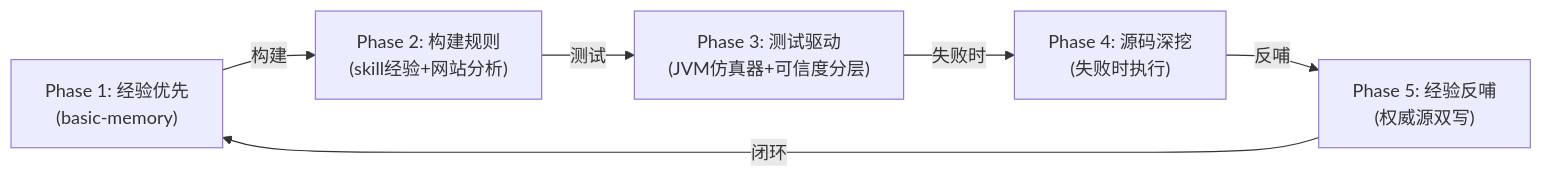
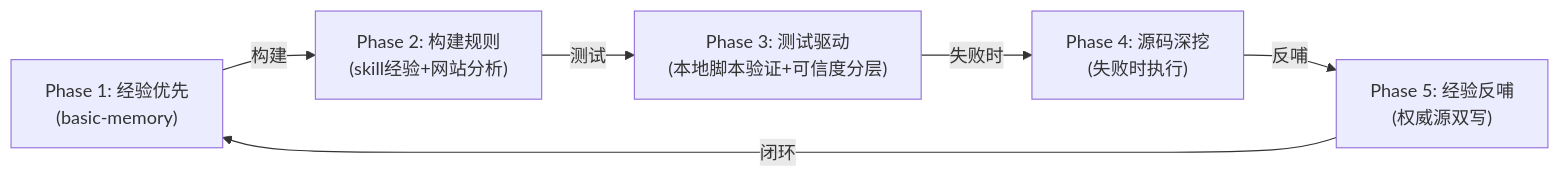
The second of 2 diagrams in docs/project-flow/architecture/skill-architecture.md (legado-backup/legado-m), drawn with Mermaid before and after one commit. The commit also changed other lines of this file and 63 other files, not shown here.

First line of the commit message:
docs: 文档体系审计重构（project-flow+project-rules 全量 110 文档对标源码）

````diff
--- a/docs/project-flow/architecture/skill-architecture.md
+++ b/docs/project-flow/architecture/skill-architecture.md
@@ -62,10 +59,10 @@
 ```mermaid
 %%{init: {'themeVariables': {'fontFamily': 'Microsoft YaHei, SimHei, sans-serif'}}}%%
 flowchart LR
     P1["Phase 1: 经验优先<br/>(basic-memory)"]
     -->|"构建"| P2["Phase 2: 构建规则<br/>(skill经验+网站分析)"]
-    -->|"测试"| P3["Phase 3: 测试驱动<br/>(JVM仿真器+可信度分层)"]
+    -->|"测试"| P3["Phase 3: 测试驱动<br/>(本地脚本验证+可信度分层)"]
     -->|"失败时"| P4["Phase 4: 源码深挖<br/>(失败时执行)"]
     -->|"反哺"| P5["Phase 5: 经验反哺<br/>(权威源双写)"]
     P5 -->|"闭环"| P1
 ```
````
